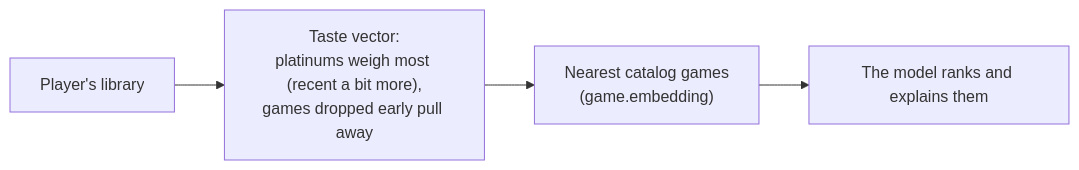
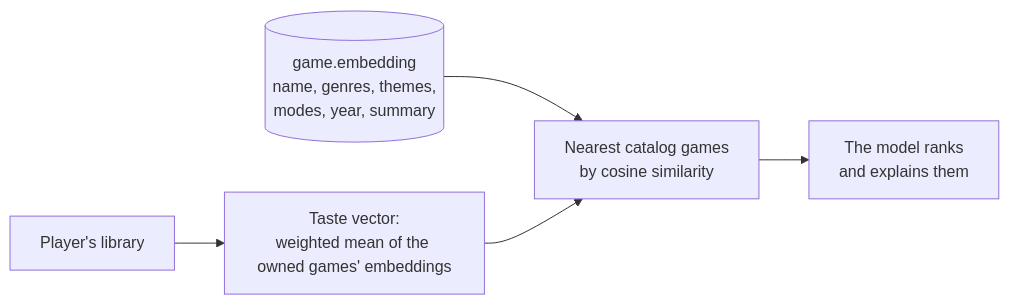
Before and after one commit to renatoaug/platjourney: the fourth of 4 diagrams in docs/design/07-rag.md, drawn with Mermaid. The commit also changed other lines of this file, not shown here.

````diff
--- a/docs/design/07-rag.md
+++ b/docs/design/07-rag.md
@@ -98,6 +257,7 @@
 ```mermaid
 flowchart LR
-    lib["Player's library"] --> taste["Taste vector:<br/>platinums weigh most (recent a bit more),<br/>games dropped early pull away"]
-    taste --> near["Nearest catalog games<br/>(game.embedding)"]
-    near --> rank["The model ranks and explains them"]
+    lib["Player's library"] --> taste["Taste vector:<br/>weighted mean of the owned games' embeddings"]
+    cat[("game.embedding<br/>name, genres, themes,<br/>modes, year, summary")] --> near
+    taste --> near["Nearest catalog games<br/>by cosine similarity"]
+    near --> rank["The model ranks<br/>and explains them"]
 ```
````
